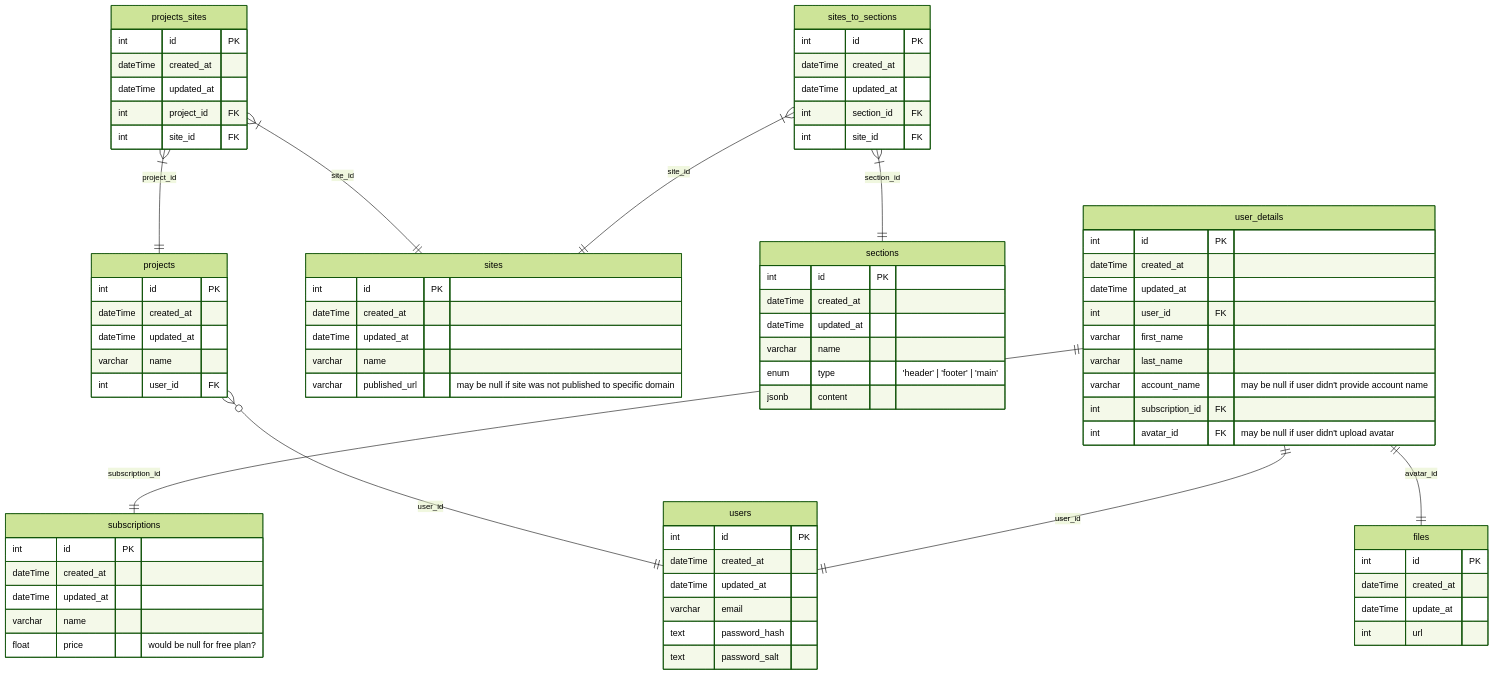
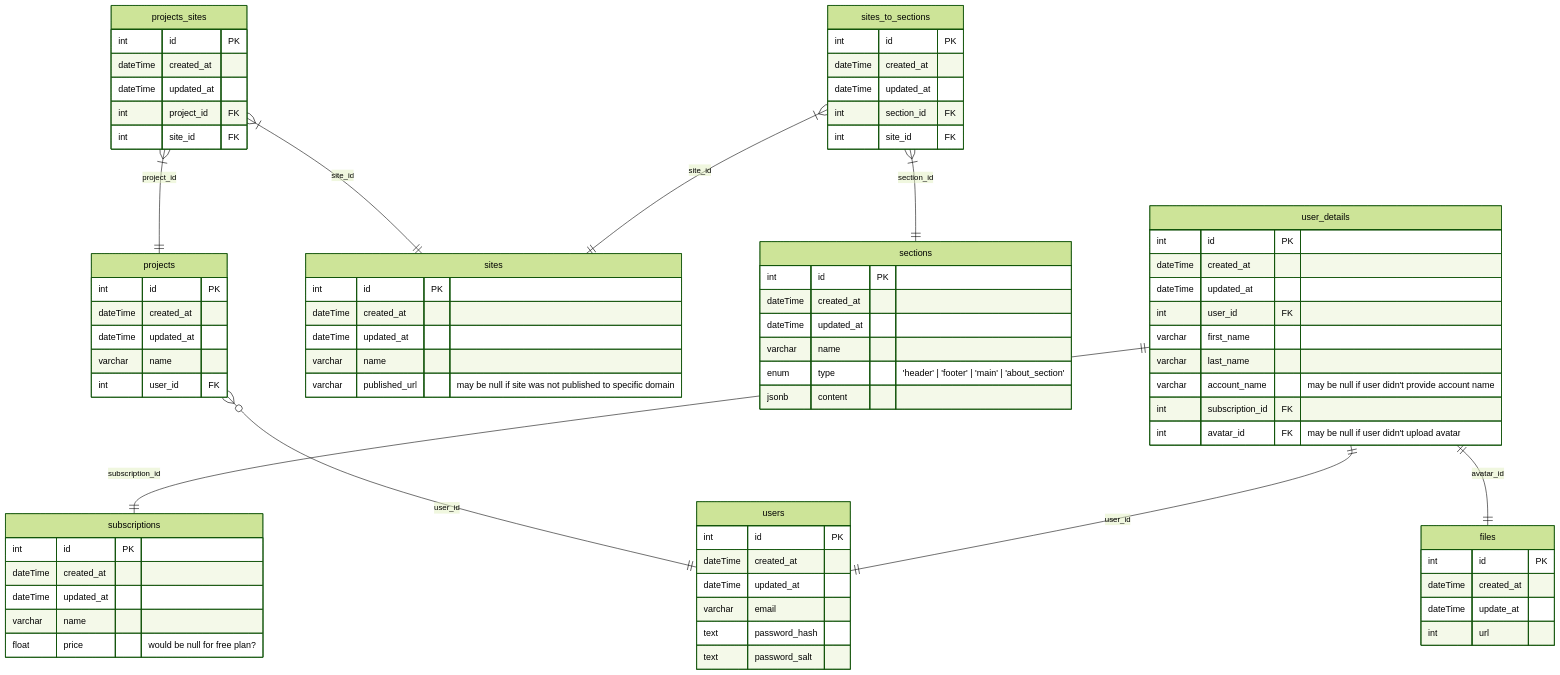
Before and after one commit to BinaryStudioAcademy/bsa-winter-2022-2023-simpleland: the diagram in readme.md, drawn with Mermaid (forest theme). The commit also changed 1 other file, not shown here.

Commit message:
sl-138: + about section type enum

```diff
--- a/readme.md
+++ b/readme.md
@@ -81,7 +81,7 @@
     dateTime created_at
     dateTime updated_at
     varchar name
-    enum type "'header' | 'footer' | 'main'"
+    enum type "'header' | 'footer' | 'main' | 'about_section'"
     jsonb content
   }
 
```
